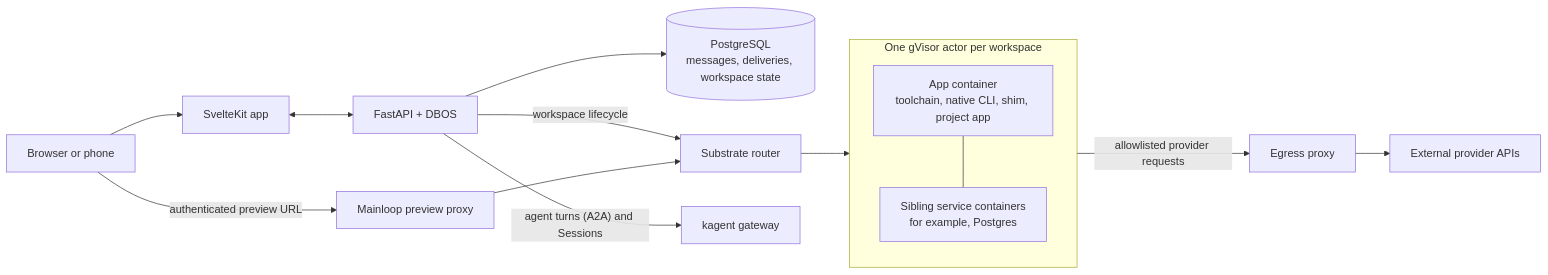
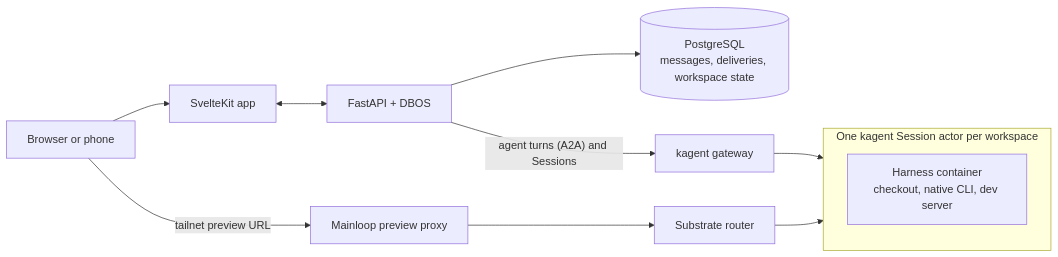
The first of 4 diagrams in docs/architecture.md (oldsj/mainloop), drawn with Mermaid before and after one commit. The commit also changed other lines of this file and 106 other files, not shown here.

Commit message:
feat: native session stop/queue, owner seam, preview Origin check and Kind overlay (#76)

````diff
--- a/docs/architecture.md
+++ b/docs/architecture.md
@@ -13,19 +13,15 @@
 ```mermaid
 flowchart LR
   person["Browser or phone"] --> app["SvelteKit app"]
   app <--> api["FastAPI + DBOS"]
   api --> data[("PostgreSQL<br/>messages, deliveries, workspace state")]
-  api -->|workspace lifecycle| router["Substrate router"]
   api -->|"agent turns (A2A) and Sessions"| kagent["kagent gateway"]
-  person -->|authenticated preview URL| preview["Mainloop preview proxy"]
-  preview --> router
+  person -->|tailnet preview URL| preview["Mainloop preview proxy"]
+  preview --> router["Substrate router"]
 
-  subgraph workspace["One gVisor actor per workspace"]
-    runtime["App container<br/>toolchain, native CLI, shim, project app"]
-    services["Sibling service containers<br/>for example, Postgres"]
-    runtime --- services
+  subgraph workspace["One kagent Session actor per workspace"]
+    runtime["Harness container<br/>checkout, native CLI, dev server"]
   end
+  kagent --> workspace
   router --> workspace
-  workspace -->|allowlisted provider requests| egress["Egress proxy"]
-  egress --> providers["External provider APIs"]
 ```
````
